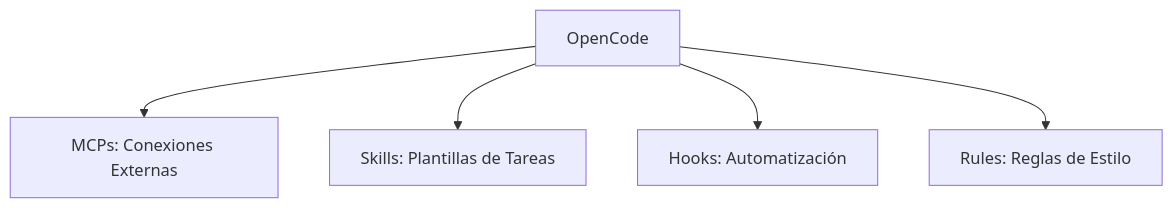
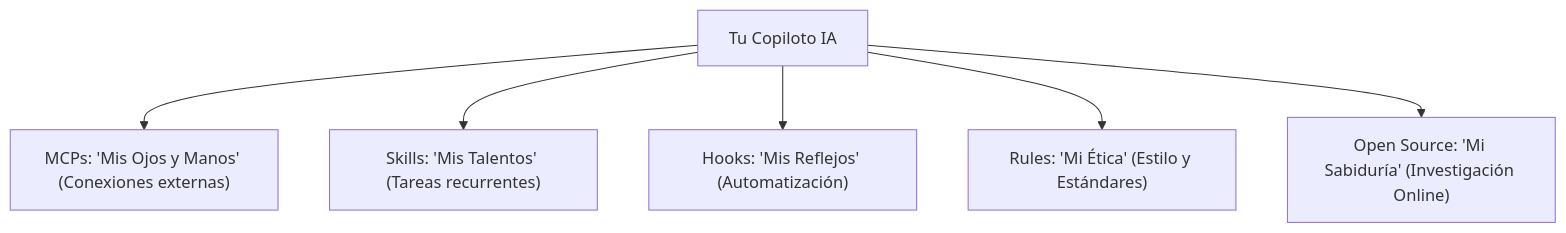
The diagram in cursos/02-desarrollo/FPUNA-2026/00-FUNDAMENTOS/02-maestria-configuracion.md (Ai-Whisperers/Courses-Content), drawn with Mermaid before and after one commit. The commit also changed other lines of this file and 16 other files, not shown here.

````diff
--- a/cursos/02-desarrollo/FPUNA-2026/00-FUNDAMENTOS/02-maestria-configuracion.md
+++ b/cursos/02-desarrollo/FPUNA-2026/00-FUNDAMENTOS/02-maestria-configuracion.md
@@ -10,7 +17,8 @@
 ```mermaid
 graph TD
-    OC[OpenCode] --> MCP[MCPs: Conexiones Externas]
-    OC --> SK[Skills: Plantillas de Tareas]
-    OC --> HK[Hooks: Automatización]
-    OC --> RL[Rules: Reglas de Estilo]
+    IA[Tu Copiloto IA] --> MCP["MCPs: 'Mis Ojos y Manos' (Conexiones externas)"]
+    IA --> SK["Skills: 'Mis Talentos' (Tareas recurrentes)"]
+    IA --> HK["Hooks: 'Mis Reflejos' (Automatización)"]
+    IA --> RL["Rules: 'Mi Ética' (Estilo y Estándares)"]
+    IA --> OS["Open Source: 'Mi Sabiduría' (Investigación Online)"]
 ```
````
